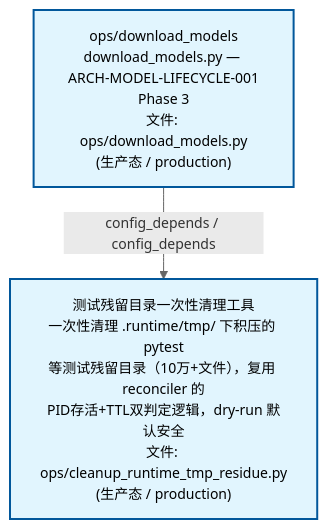
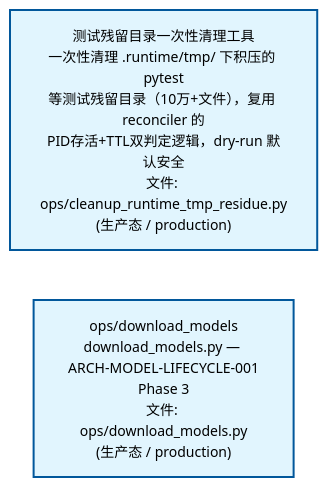
The second of 3 diagrams in docs/02_enterprise_architecture/02_domain_architecture_docs/04_d_infra_ops.md (xuanFelixVan/ZephyrAlpha), drawn with Mermaid before and after one commit. The commit also changed other lines of this file and 51 other files, not shown here.

````diff
--- a/docs/02_enterprise_architecture/02_domain_architecture_docs/04_d_infra_ops.md
+++ b/docs/02_enterprise_architecture/02_domain_architecture_docs/04_d_infra_ops.md
@@ -73,12 +73,12 @@
 ```mermaid
 %%{init: {'theme': 'base', 'themeVariables': {'primaryColor': '#eaeaea', 'primaryTextColor': '#333333', 'primaryBorderColor': '#666666', 'lineColor': '#666666', 'secondaryColor': '#eaeaea', 'tertiaryColor': '#eaeaea', 'fontSize': '14px'}}}%%
 flowchart TD
+    scripts_ops_cleanup_runtime_tmp_residue_py["测试残留目录一次性清理工具<br/>一次性清理 .runtime/tmp/ 下积压的 pytest<br/>等测试残留目录（10万+文件），复用 reconciler 的<br/>PID存活+TTL双判定逻辑，dry-run 默认安全<br/>文件: ops/cleanup_runtime_tmp_residue.py<br/>(生产态 / production)"]
     scripts_ops_download_models_py["ops/download_models<br/>download_models.py — ARCH-MODEL-LIFECYCLE-001<br/>Phase 3<br/>文件: ops/download_models.py<br/>(生产态 / production)"]
-    scripts_ops_cleanup_runtime_tmp_residue_py["测试残留目录一次性清理工具<br/>一次性清理 .runtime/tmp/ 下积压的 pytest<br/>等测试残留目录（10万+文件），复用 reconciler 的<br/>PID存活+TTL双判定逻辑，dry-run 默认安全<br/>文件: ops/cleanup_runtime_tmp_residue.py<br/>(生产态 / production)"]
-    scripts_ops_download_models_py -->|config_depends / config_depends| scripts_ops_cleanup_runtime_tmp_residue_py
+    scripts_ops_cleanup_runtime_tmp_residue_py ~~~ scripts_ops_download_models_py
     classDef production fill:#e1f5fe,stroke:#01579b,stroke-width:2px,color:#000
     classDef design fill:#fff3e0,stroke:#e65100,stroke-width:2px,color:#000,stroke-dasharray: 5 5
     classDef external_prod fill:#e8f4fd,stroke:#0277bd,stroke-width:1px,color:#000
     classDef external_design fill:#fff8e7,stroke:#ef6c00,stroke-width:1px,color:#000,stroke-dasharray: 5 5
     class scripts_ops_cleanup_runtime_tmp_residue_py,scripts_ops_download_models_py production
 ```
````
